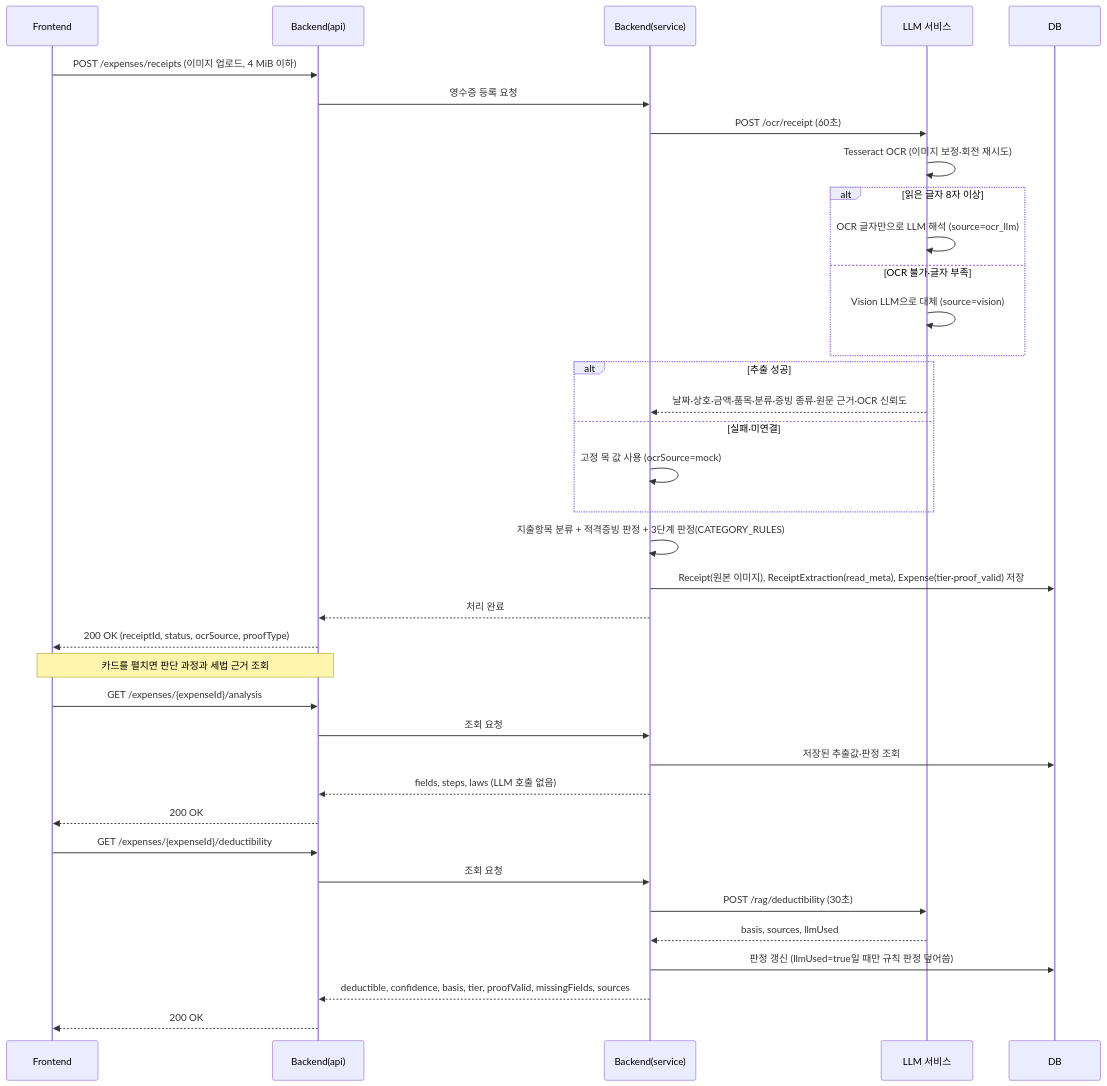
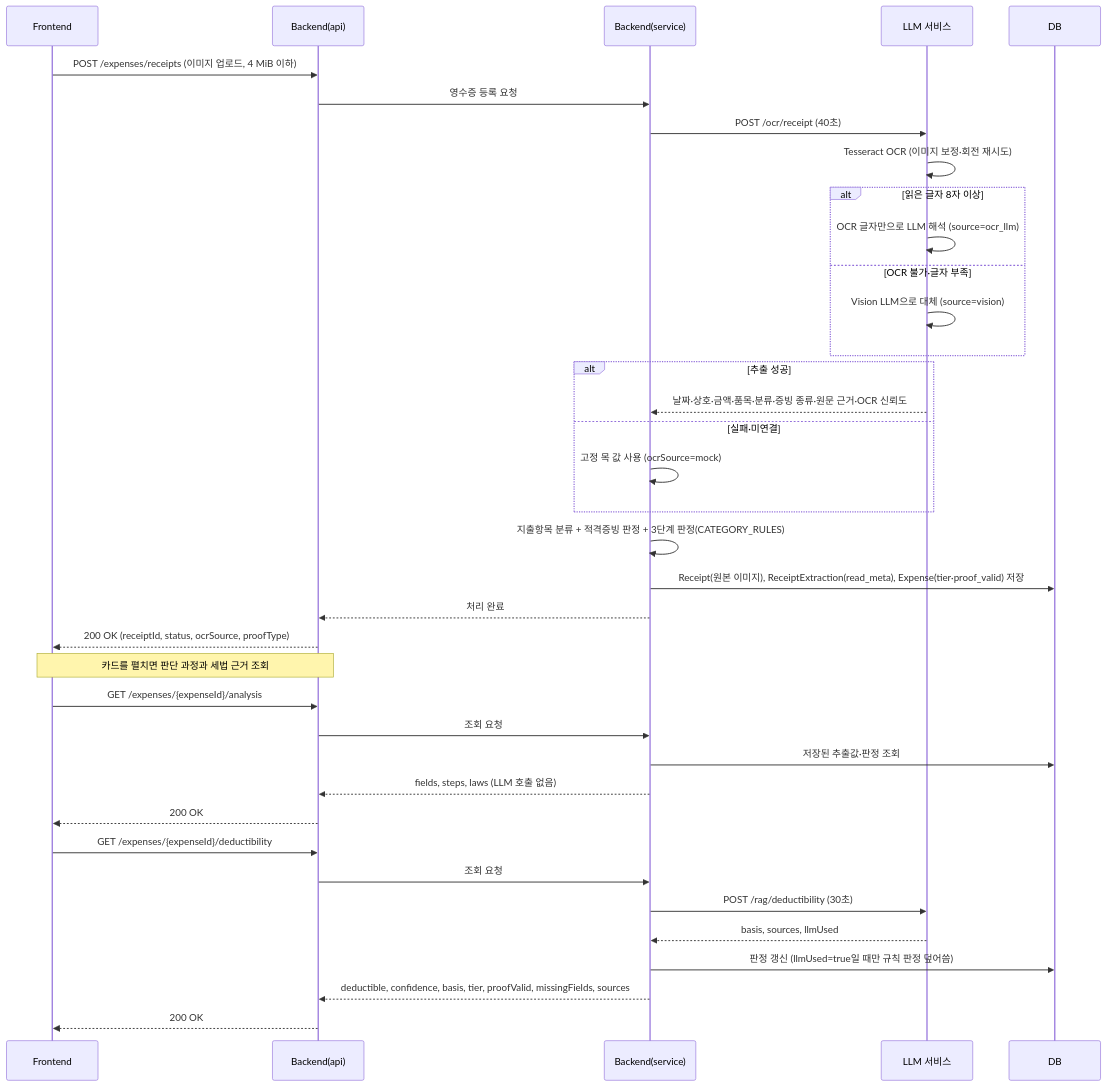
Before and after one commit to SKNETWORKS-FAMILY-AICAMP/SKN34-4th-3Team: the third of 5 diagrams in Docs/Design/SEQUENCE.md, drawn with Mermaid. The commit also changed other lines of this file and 38 other files, not shown here.

````diff
--- a/Docs/Design/SEQUENCE.md
+++ b/Docs/Design/SEQUENCE.md
@@ -85,41 +90,41 @@
 ```mermaid
 sequenceDiagram
     participant FE as Frontend
     participant API as Backend(api)
     participant SVC as Backend(service)
     participant LLM as LLM 서비스
     participant DB as DB
 
     FE->>API: POST /expenses/receipts (이미지 업로드, 4 MiB 이하)
     API->>SVC: 영수증 등록 요청
-    SVC->>LLM: POST /ocr/receipt (60초)
+    SVC->>LLM: POST /ocr/receipt (40초)
     LLM->>LLM: Tesseract OCR (이미지 보정·회전 재시도)
     alt 읽은 글자 8자 이상
         LLM->>LLM: OCR 글자만으로 LLM 해석 (source=ocr_llm)
     else OCR 불가·글자 부족
         LLM->>LLM: Vision LLM으로 대체 (source=vision)
     end
     alt 추출 성공
         LLM-->>SVC: 날짜·상호·금액·품목·분류·증빙 종류·원문 근거·OCR 신뢰도
     else 실패·미연결
         SVC->>SVC: 고정 목 값 사용 (ocrSource=mock)
     end
     SVC->>SVC: 지출항목 분류 + 적격증빙 판정 + 3단계 판정(CATEGORY_RULES)
     SVC->>DB: Receipt(원본 이미지), ReceiptExtraction(read_meta), Expense(tier·proof_valid) 저장
     SVC-->>API: 처리 완료
     API-->>FE: 200 OK (receiptId, status, ocrSource, proofType)
 
     Note over FE,API: 카드를 펼치면 판단 과정과 세법 근거 조회
     FE->>API: GET /expenses/{expenseId}/analysis
     API->>SVC: 조회 요청
     SVC->>DB: 저장된 추출값·판정 조회
     SVC-->>API: fields, steps, laws (LLM 호출 없음)
     API-->>FE: 200 OK
     FE->>API: GET /expenses/{expenseId}/deductibility
     API->>SVC: 조회 요청
     SVC->>LLM: POST /rag/deductibility (30초)
     LLM-->>SVC: basis, sources, llmUsed
     SVC->>DB: 판정 갱신 (llmUsed=true일 때만 규칙 판정 덮어씀)
     SVC-->>API: deductible, confidence, basis, tier, proofValid, missingFields, sources
     API-->>FE: 200 OK
 ```
````
